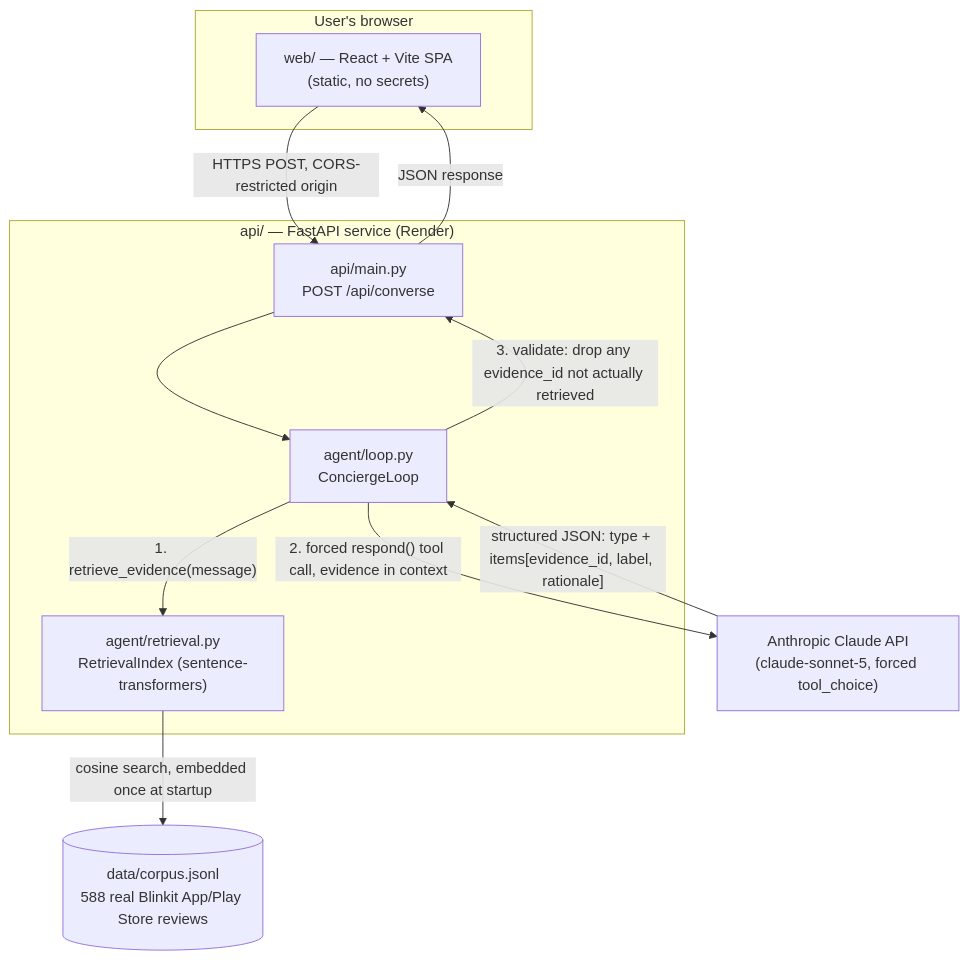
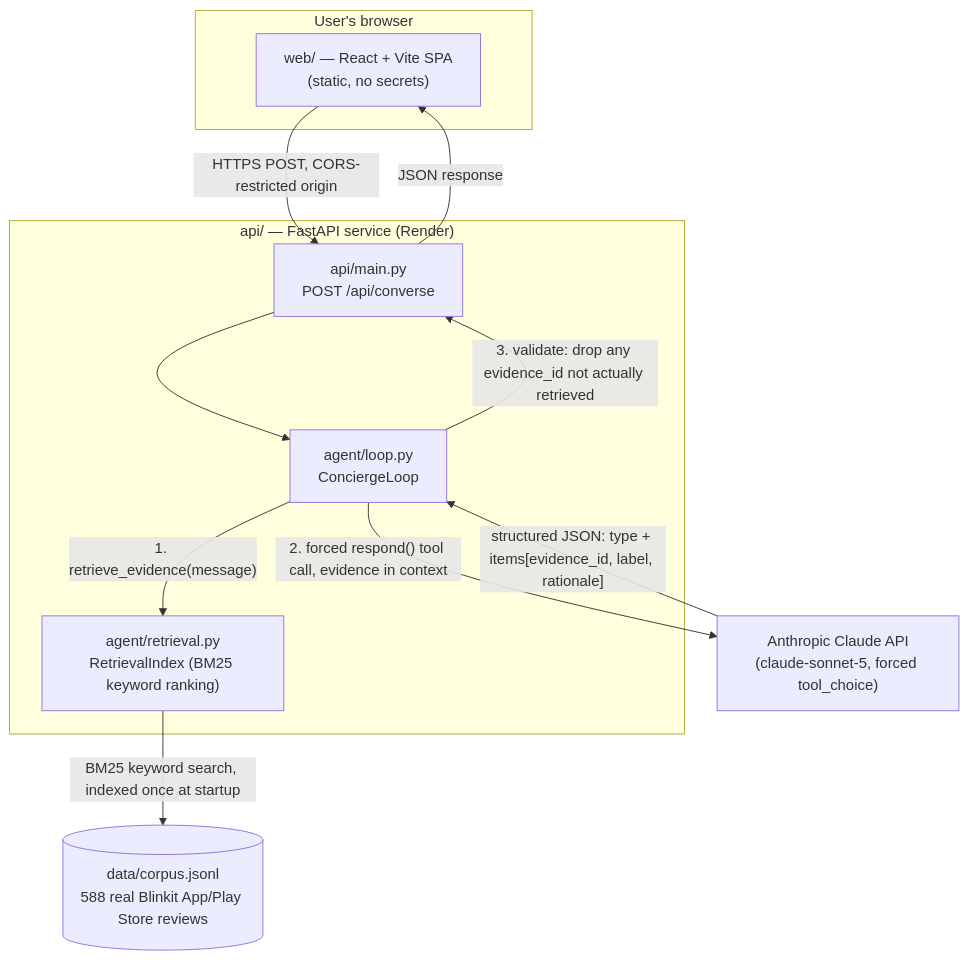
One commit to agenticvishwas/blinkit-mvp changed the first of 3 diagrams in README.md. Above: the diagram before and after it, drawn with Mermaid. The commit also changed other lines of this file and 6 other files, not shown here.

````diff
--- a/README.md
+++ b/README.md
@@ -38,24 +38,24 @@
 ```mermaid
 graph TB
     subgraph Browser["User's browser"]
         SPA["web/ — React + Vite SPA<br/>(static, no secrets)"]
     end
 
     subgraph Backend["api/ — FastAPI service (Render)"]
         API["api/main.py<br/>POST /api/converse"]
         Loop["agent/loop.py<br/>ConciergeLoop"]
-        Retrieval["agent/retrieval.py<br/>RetrievalIndex (sentence-transformers)"]
+        Retrieval["agent/retrieval.py<br/>RetrievalIndex (BM25 keyword ranking)"]
     end
 
     Corpus[("data/corpus.jsonl<br/>588 real Blinkit App/Play Store reviews")]
     Claude["Anthropic Claude API<br/>(claude-sonnet-5, forced tool_choice)"]
 
     SPA -- "HTTPS POST, CORS-restricted origin" --> API
     API --> Loop
     Loop -- "1. retrieve_evidence(message)" --> Retrieval
-    Retrieval -- "cosine search, embedded once at startup" --> Corpus
+    Retrieval -- "BM25 keyword search, indexed once at startup" --> Corpus
     Loop -- "2. forced respond() tool call, evidence in context" --> Claude
     Claude -- "structured JSON: type + items[evidence_id, label, rationale]" --> Loop
     Loop -- "3. validate: drop any evidence_id not actually retrieved" --> API
     API -- "JSON response" --> SPA
 ```
````
